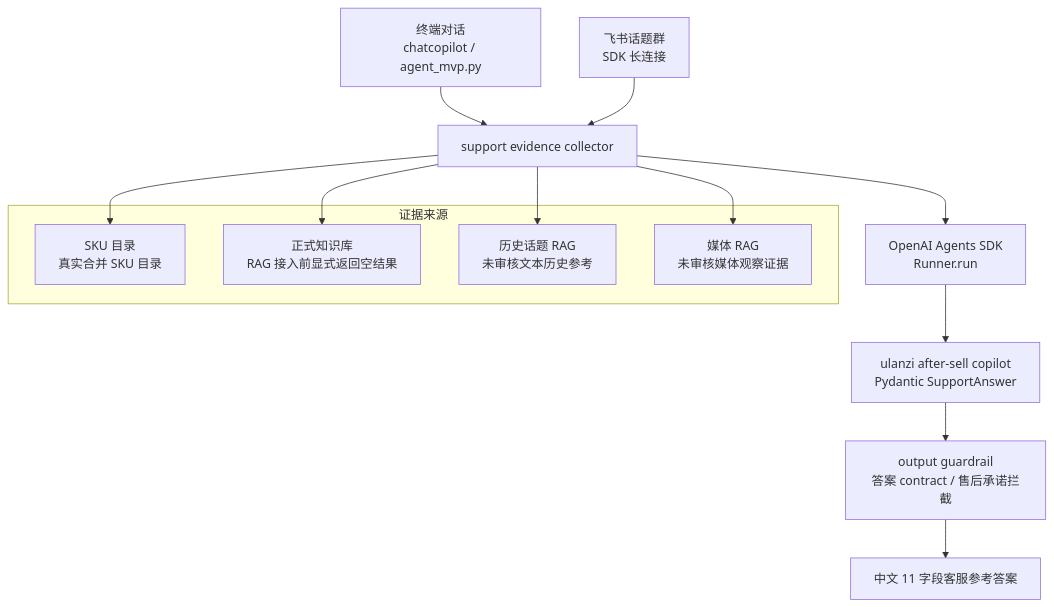
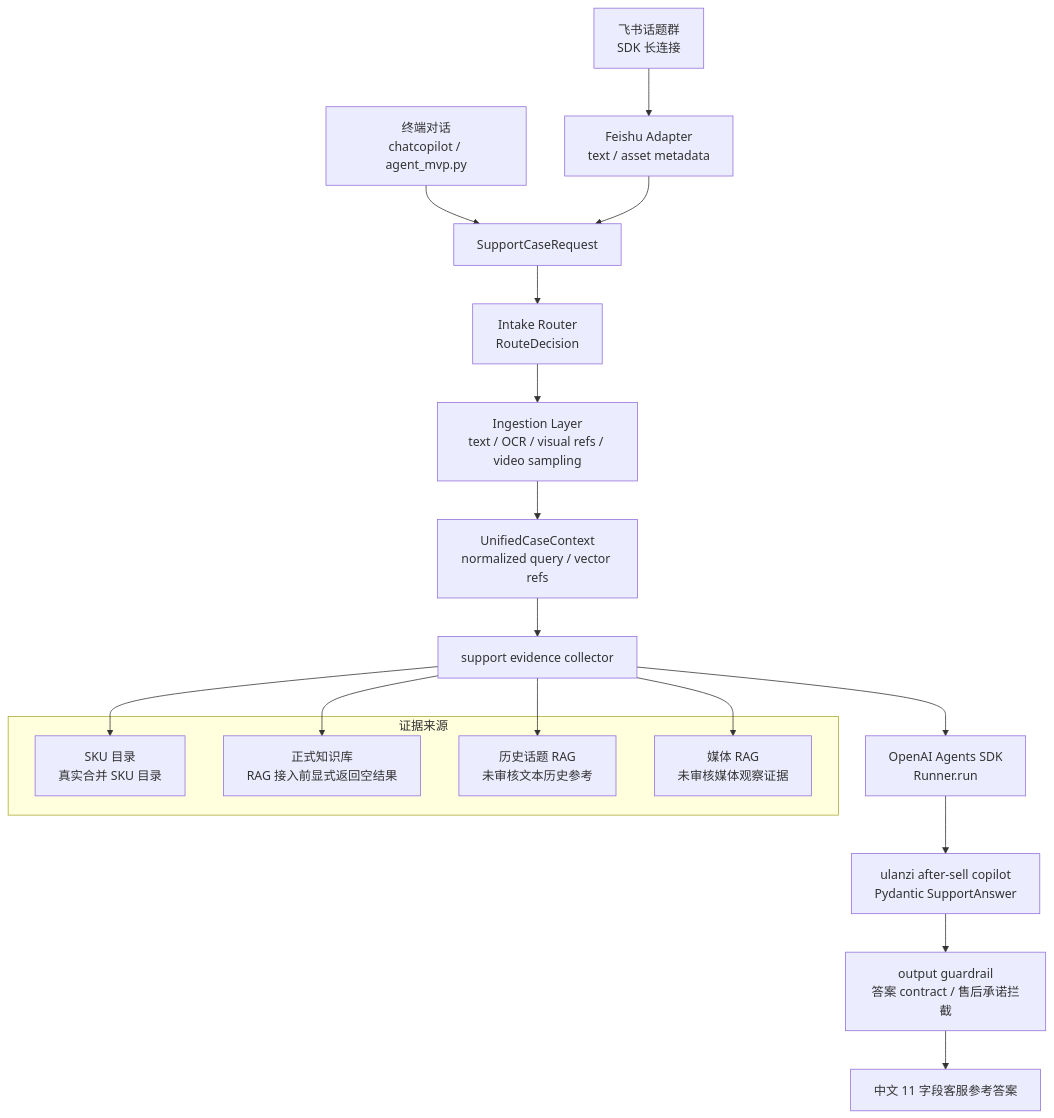
One commit to ccchenhuohuo/after-sale-ai-agent changed the diagram in docs/architecture.md. Above: the diagram before and after it, drawn with Mermaid. The commit also changed other lines of this file and 18 other files, not shown here.

Commit message:
feat: add intake router ingestion pipeline

````diff
--- a/docs/architecture.md
+++ b/docs/architecture.md
@@ -13,21 +13,26 @@
 ```mermaid
 flowchart TB
-    terminal["终端对话<br/>chatcopilot / agent_mvp.py"] --> evidence["support evidence collector"]
-    feishu["飞书话题群<br/>SDK 长连接"] --> evidence
+    terminal["终端对话<br/>chatcopilot / agent_mvp.py"] --> request["SupportCaseRequest"]
+    feishu["飞书话题群<br/>SDK 长连接"] --> adapter["Feishu Adapter<br/>text / asset metadata"]
+    adapter --> request
+    request --> intake["Intake Router<br/>RouteDecision"]
+    intake --> ingestion["Ingestion Layer<br/>text / OCR / visual refs / video sampling"]
+    ingestion --> context["UnifiedCaseContext<br/>normalized query / vector refs"]
+    context --> evidence["support evidence collector"]
     evidence --> runtime["OpenAI Agents SDK<br/>Runner.run"]
     runtime --> copilot["ulanzi after-sell copilot<br/>Pydantic SupportAnswer"]
 
     subgraph evidence_sources["证据来源"]
         sku["SKU 目录<br/>真实合并 SKU 目录"]
         official["正式知识库<br/>RAG 接入前显式返回空结果"]
         history["历史话题 RAG<br/>未审核文本历史参考"]
         media["媒体 RAG<br/>未审核媒体观察证据"]
     end
 
     evidence --> sku
     evidence --> official
     evidence --> history
     evidence --> media
     copilot --> guardrail["output guardrail<br/>答案 contract / 售后承诺拦截"]
     guardrail --> answer["中文 11 字段客服参考答案"]
 ```
````
